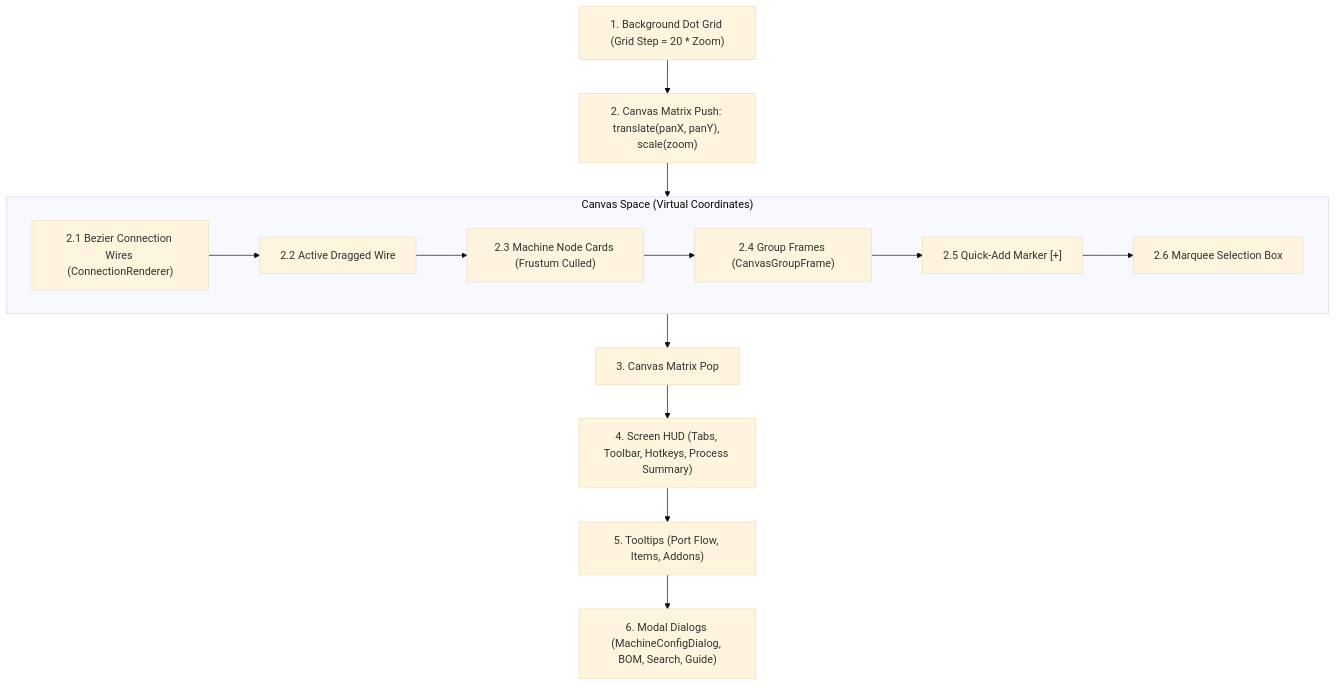
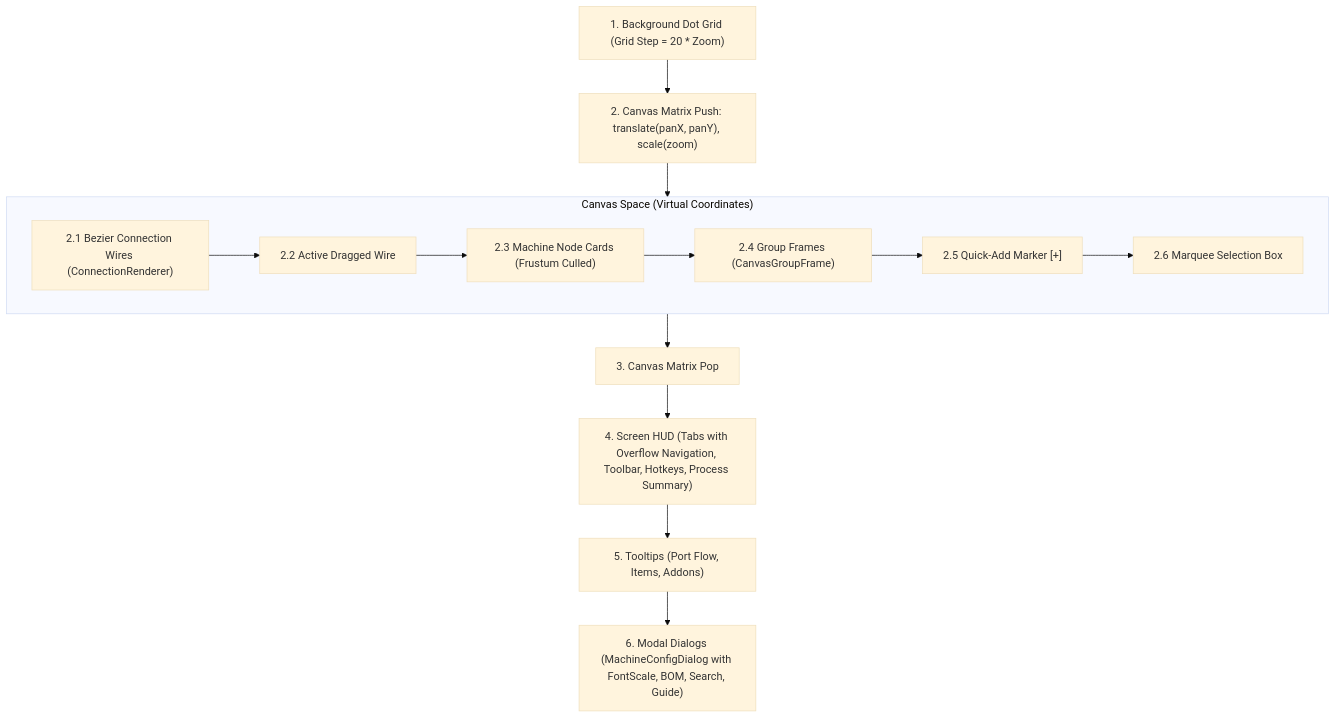
The third of 3 diagrams in docs/ARCHITECTURE.md (Amvermain/GregTechCalculatorBoard), drawn with Mermaid (base theme) before and after one commit. The commit also changed other lines of this file and 273 other files, not shown here.

````diff
--- a/docs/ARCHITECTURE.md
+++ b/docs/ARCHITECTURE.md
@@ -170,18 +180,18 @@
 ```mermaid
 flowchart TD
     G1["1. Background Dot Grid (Grid Step = 20 * Zoom)"] --> G2["2. Canvas Matrix Push: translate(panX, panY), scale(zoom)"]
     subgraph CanvasSpace["Canvas Space (Virtual Coordinates)"]
         C1["2.1 Bezier Connection Wires (ConnectionRenderer)"]
         C2["2.2 Active Dragged Wire"]
         C3["2.3 Machine Node Cards (Frustum Culled)"]
         C4["2.4 Group Frames (CanvasGroupFrame)"]
         C5["2.5 Quick-Add Marker [+]"]
         C6["2.6 Marquee Selection Box"]
         C1 --> C2 --> C3 --> C4 --> C5 --> C6
     end
     G2 --> CanvasSpace
     CanvasSpace --> G3["3. Canvas Matrix Pop"]
-    G3 --> G4["4. Screen HUD (Tabs, Toolbar, Hotkeys, Process Summary)"]
+    G3 --> G4["4. Screen HUD (Tabs with Overflow Navigation, Toolbar, Hotkeys, Process Summary)"]
     G4 --> G5["5. Tooltips (Port Flow, Items, Addons)"]
-    G5 --> G6["6. Modal Dialogs (MachineConfigDialog, BOM, Search, Guide)"]
+    G5 --> G6["6. Modal Dialogs (MachineConfigDialog with FontScale, BOM, Search, Guide)"]
 ```
````
